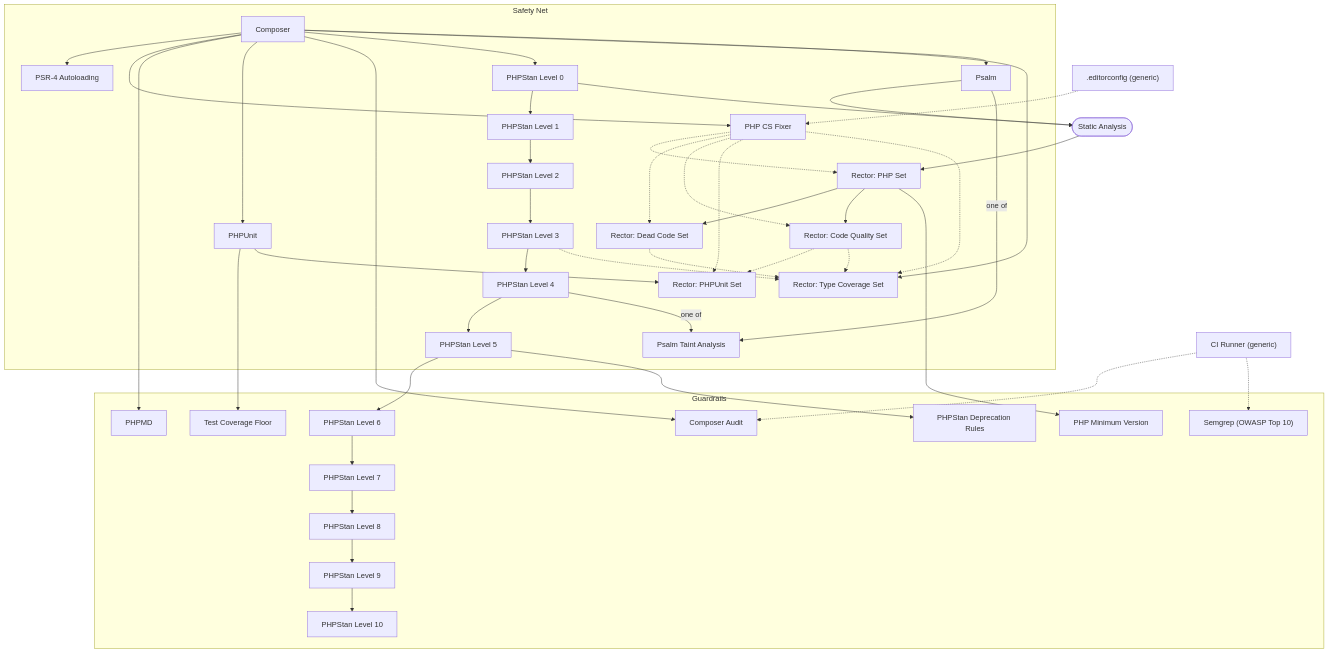
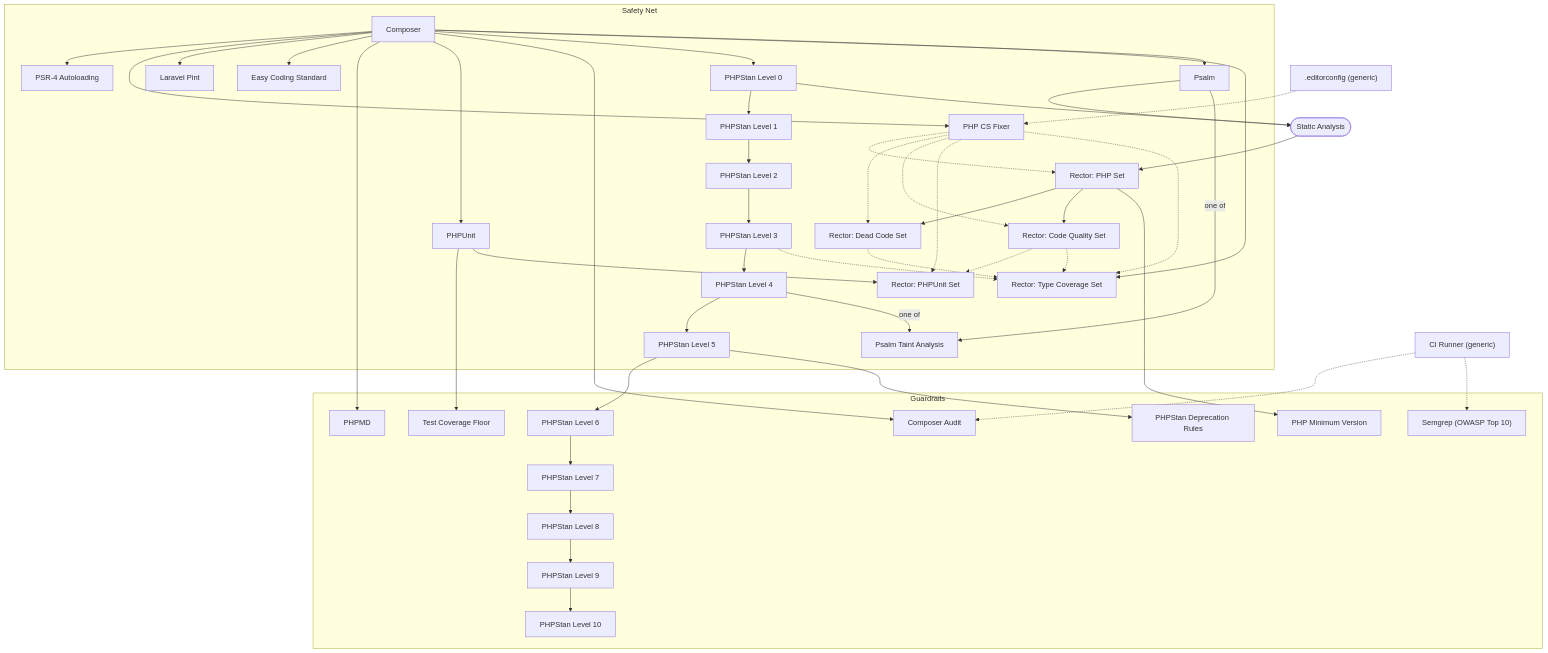
The diagram in docs/tooling/packs/php.md (Art4/continuous-refactoring), drawn with Mermaid before and after one commit. The commit also changed other lines of this file and 46 other files, not shown here.

```diff
--- a/docs/tooling/packs/php.md
+++ b/docs/tooling/packs/php.md
@@ -12,6 +12,8 @@
     s_composer["Composer"]
     s_psr_4["PSR-4 Autoloading"]
     s_php_cs_fixer["PHP CS Fixer"]
+    s_pint["Laravel Pint"]
+    s_ecs["Easy Coding Standard"]
     s_phpunit["PHPUnit"]
     s_phpstan_level_0["PHPStan Level 0"]
     s_phpstan_level_1["PHPStan Level 1"]
@@ -46,6 +48,8 @@
   s_composer --> s_psr_4
   s_composer --> s_php_cs_fixer
   x_editorconfig -.-> s_php_cs_fixer
+  s_composer --> s_pint
+  s_composer --> s_ecs
   s_composer --> s_phpmd
   s_composer --> s_phpunit
   s_phpunit --> s_coverage_floor
```
